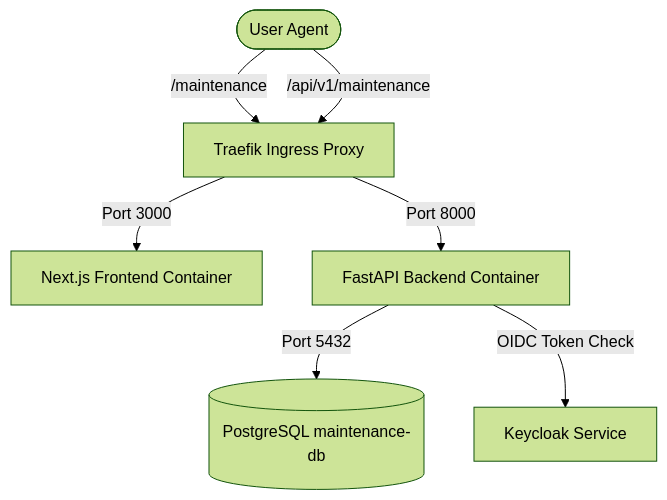
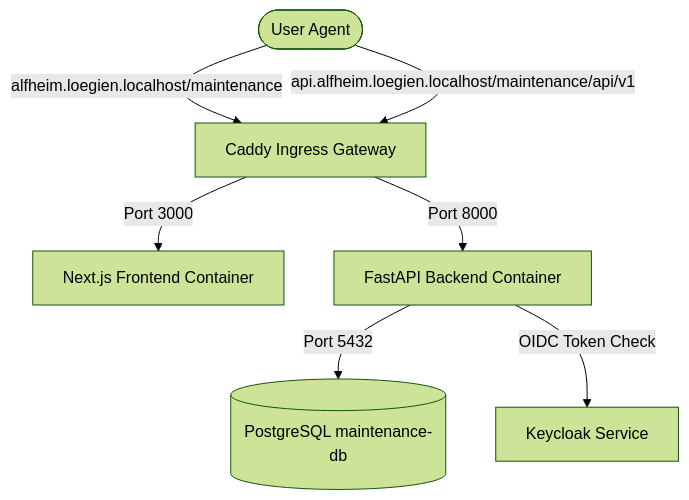
The diagram in apps/maintenance/README.md (KroegerLeif/Alfheim), drawn with Mermaid (forest theme) before and after one commit. The commit also changed other lines of this file and 7 other files, not shown here.

Commit message:
docs(proxy): update architecture READMEs and AI context for caddy gateway and multi-domain routing

````diff
--- a/apps/maintenance/README.md
+++ b/apps/maintenance/README.md
@@ -11,9 +11,9 @@
 ```mermaid
 graph TD
-    User([User Agent]) -->|/maintenance| Ingress[Traefik Ingress Proxy]
-    User -->|/api/v1/maintenance| Ingress
+    User([User Agent]) -->|alfheim.loegien.localhost/maintenance| Ingress[Caddy Ingress Gateway]
+    User -->|api.alfheim.loegien.localhost/maintenance/api/v1| Ingress
     Ingress -->|Port 3000| Frontend[Next.js Frontend Container]
     Ingress -->|Port 8000| Backend[FastAPI Backend Container]
     Backend -->|Port 5432| DB[(PostgreSQL maintenance-db)]
     Backend -->|OIDC Token Check| IAM[Keycloak Service]
 ```
````
